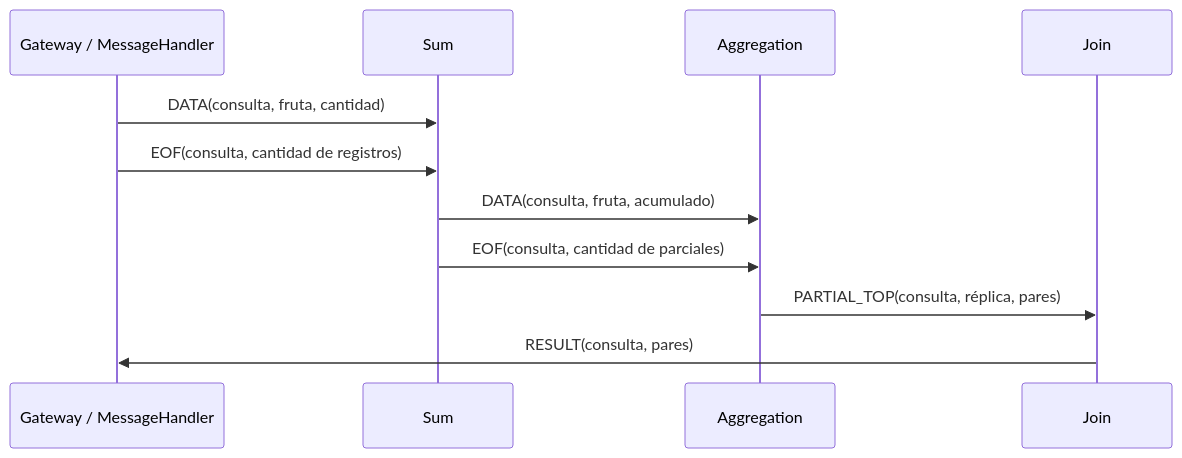
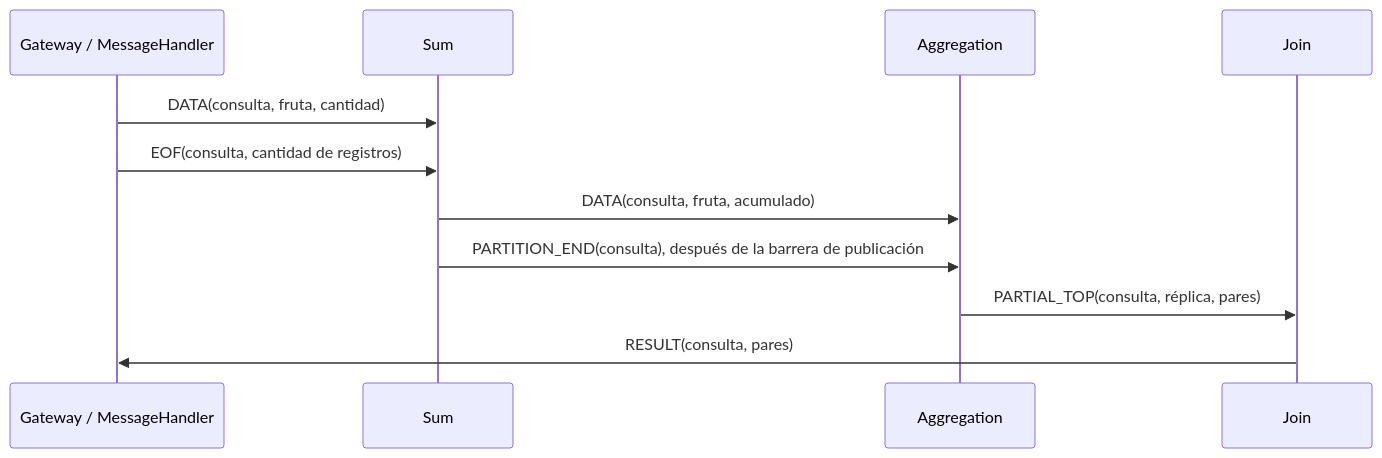
The first of 2 diagrams in INFORME.md (franguardia12/tp-coordinacion), drawn with Mermaid before and after one commit. The commit also changed other lines of this file, not shown here.

Commit message:
docs: update documentation to clarify data flow and partitioning details

````diff
--- a/INFORME.md
+++ b/INFORME.md
@@ -42,13 +43,13 @@
 ```mermaid
 sequenceDiagram
     participant G as Gateway / MessageHandler
     participant S as Sum
     participant A as Aggregation
     participant J as Join
     G->>S: DATA(consulta, fruta, cantidad)
     G->>S: EOF(consulta, cantidad de registros)
     S->>A: DATA(consulta, fruta, acumulado)
-    S->>A: EOF(consulta, cantidad de parciales)
+    S->>A: PARTITION_END(consulta), después de la barrera de publicación
     A->>J: PARTIAL_TOP(consulta, réplica, pares)
     J->>G: RESULT(consulta, pares)
 ```
````
